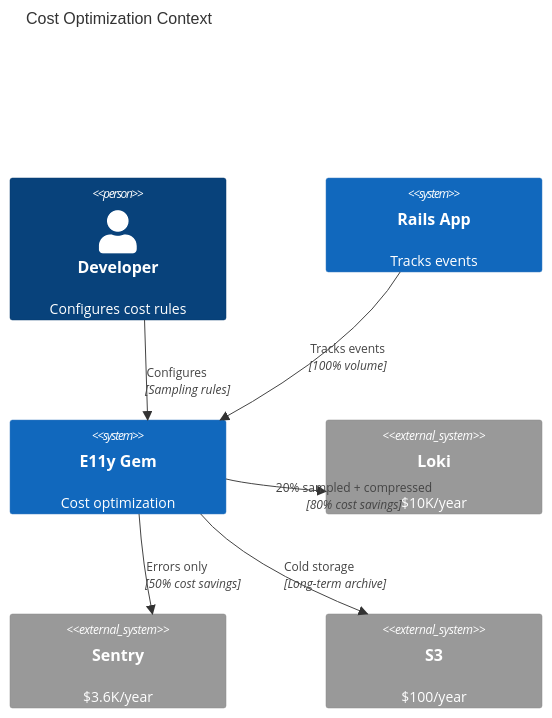
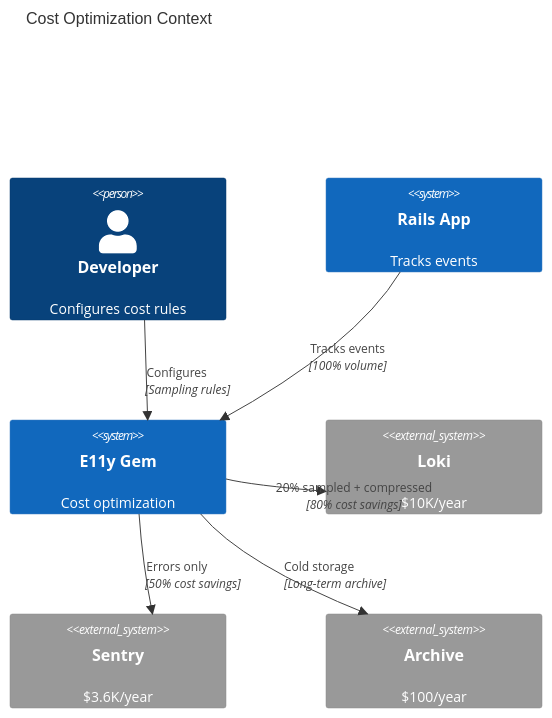
The first of 3 diagrams in docs/ADR-009-cost-optimization.md (arturseletskiy/e11y), drawn with Mermaid before and after one commit. The commit also changed other lines of this file and 515 other files, not shown here.

````diff
--- a/docs/ADR-009-cost-optimization.md
+++ b/docs/ADR-009-cost-optimization.md
@@ -332,20 +332,20 @@
 ```mermaid
 C4Context
     title Cost Optimization Context
     
     Person(dev, "Developer", "Configures cost rules")
     
     System(rails_app, "Rails App", "Tracks events")
     
     System(e11y, "E11y Gem", "Cost optimization")
     
     System_Ext(loki, "Loki", "$10K/year")
     System_Ext(sentry, "Sentry", "$3.6K/year")
-    System_Ext(s3, "S3", "$100/year")
+    System_Ext(archive, "Archive", "$100/year")
     
     Rel(dev, e11y, "Configures", "Sampling rules")
     Rel(rails_app, e11y, "Tracks events", "100% volume")
     Rel(e11y, loki, "20% sampled + compressed", "80% cost savings")
     Rel(e11y, sentry, "Errors only", "50% cost savings")
-    Rel(e11y, s3, "Cold storage", "Long-term archive")
+    Rel(e11y, archive, "Cold storage", "Long-term archive")
 ```
````
